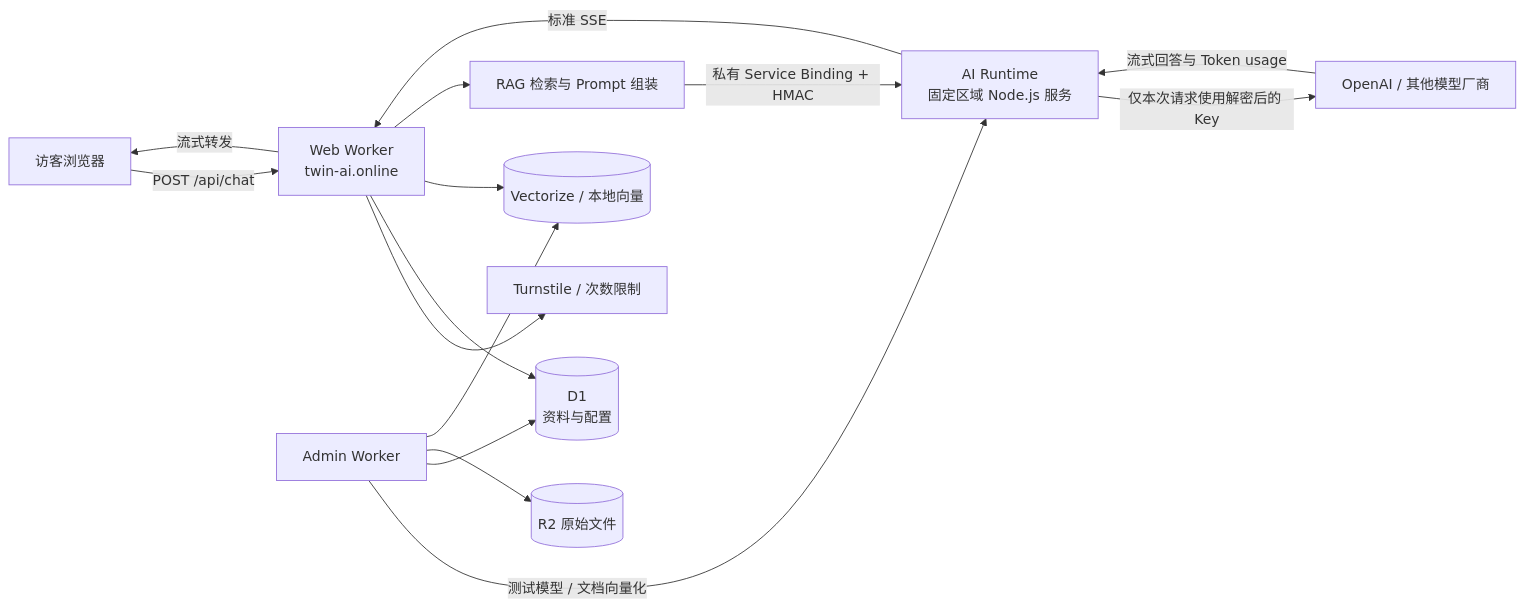
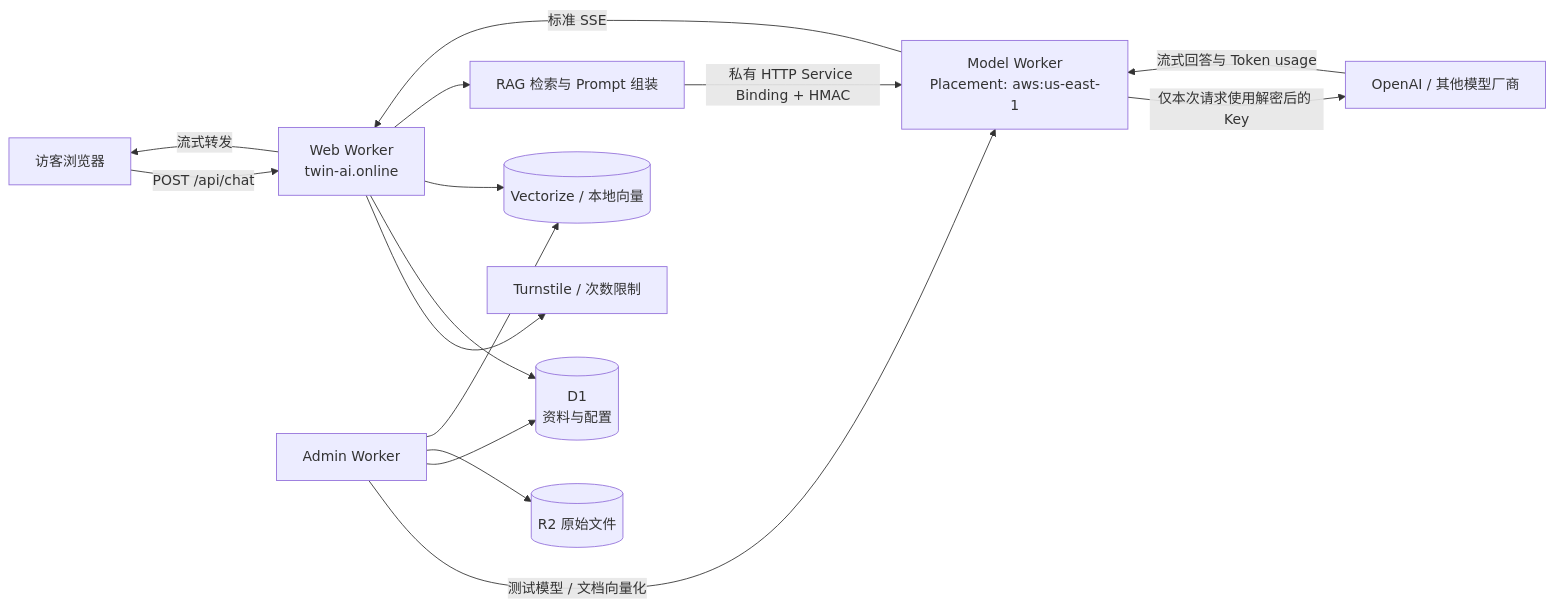
Before and after one commit to Ashy6/Bunshin: the diagram in docs/ai-runtime-architecture.md, drawn with Mermaid. The commit also changed other lines of this file and 13 other files, not shown here.

Commit message:
refactor runtime to placement worker

````diff
--- a/docs/ai-runtime-architecture.md
+++ b/docs/ai-runtime-architecture.md
@@ -30,20 +30,20 @@
 ```mermaid
 flowchart LR
     U[访客浏览器] -->|POST /api/chat| W[Web Worker<br/>twin-ai.online]
 
     W --> T[Turnstile / 次数限制]
     W --> D1[(D1<br/>资料与配置)]
     W --> V[(Vectorize / 本地向量)]
     W --> R[RAG 检索与 Prompt 组装]
 
-    R -->|私有 Service Binding + HMAC| AI[AI Runtime<br/>固定区域 Node.js 服务]
+    R -->|私有 HTTP Service Binding + HMAC| AI[Model Worker<br/>Placement: aws:us-east-1]
     AI -->|仅本次请求使用解密后的 Key| O[OpenAI / 其他模型厂商]
     O -->|流式回答与 Token usage| AI
     AI -->|标准 SSE| W
     W -->|流式转发| U
 
     A[Admin Worker] -->|测试模型 / 文档向量化| AI
     A --> D1
     A --> R2[(R2 原始文件)]
     A --> V
 ```
````
